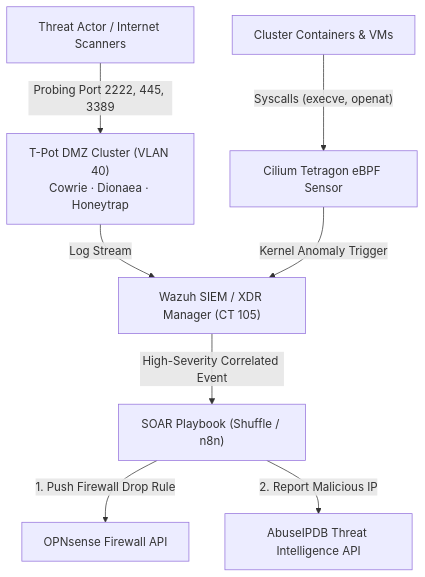
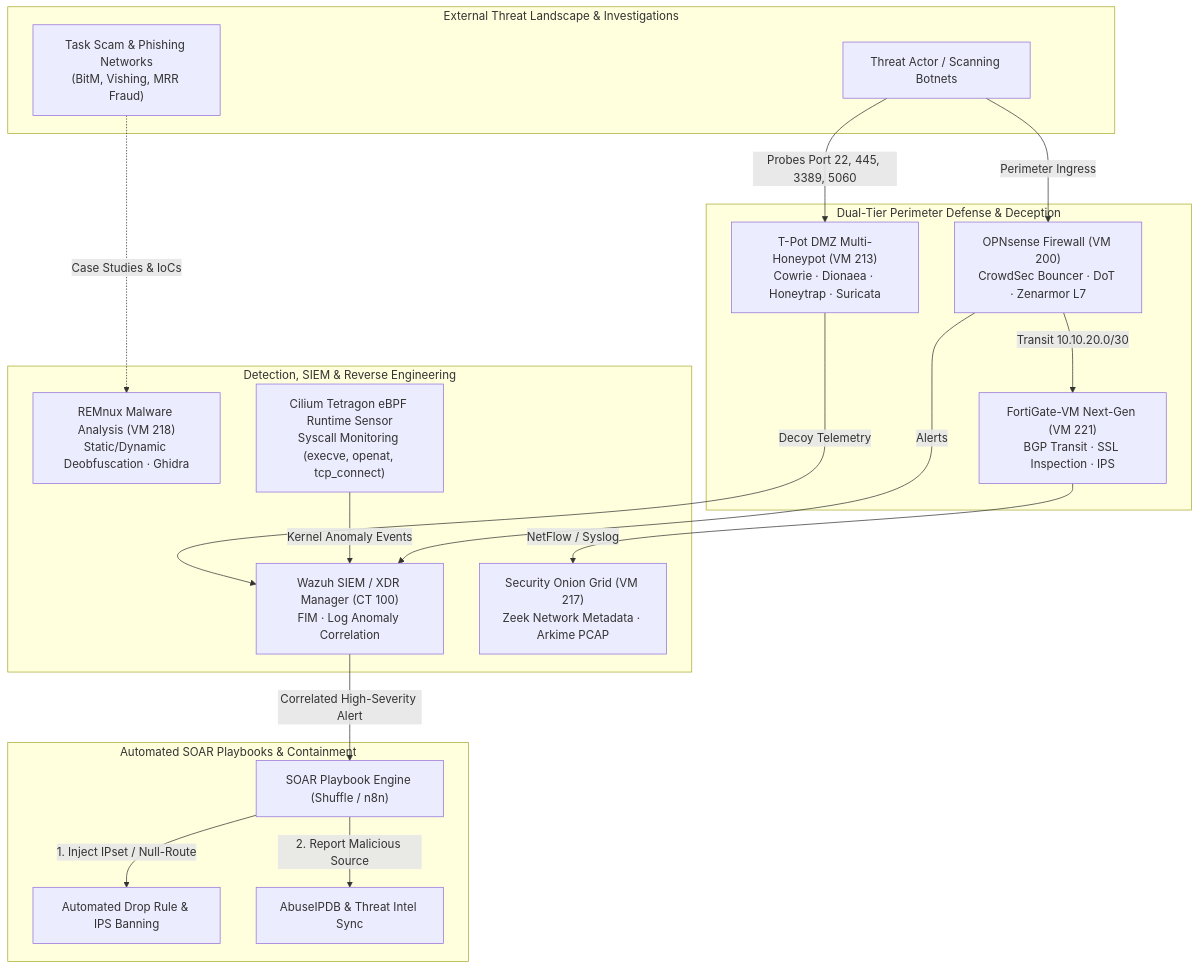
Diagram 12 of 13 in README.md (stefanutc1/datacenter), drawn with Mermaid before and after one commit. The commit also changed other lines of this file and 96 other files, not shown here.

````diff
--- a/README.md
+++ b/README.md
@@ -655,12 +656,40 @@
 ```mermaid
 flowchart TD
- Attacker["Threat Actor / Internet Scanners"] -->|"Probing Port 2222, 445, 3389"| TPot["T-Pot DMZ Cluster (VLAN 40)<br/>Cowrie · Dionaea · Honeytrap"]
- TPot -->|"Log Stream"| Wazuh["Wazuh SIEM / XDR Manager (CT 105)"]
- 
- Subsys["Cluster Containers & VMs"] -->|"Syscalls (execve, openat)"| Tetra["Cilium Tetragon eBPF Sensor"]
- Tetra -->|"Kernel Anomaly Trigger"| Wazuh
- 
- Wazuh -->|"High-Severity Correlated Event"| SOAR["SOAR Playbook (Shuffle / n8n)"]
- SOAR -->|"1. Push Firewall Drop Rule"| OPNsense["OPNsense Firewall API"]
- SOAR -->|"2. Report Malicious IP"| Abuse["AbuseIPDB Threat Intelligence API"]
+    subgraph External_Threats["External Threat Landscape & Investigations"]
+        Attacker["Threat Actor / Scanning Botnets"]
+        ScamNet["Task Scam & Phishing Networks<br/>(BitM, Vishing, MRR Fraud)"]
+    end
+
+    subgraph Perimeter_Defense["Dual-Tier Perimeter Defense & Deception"]
+        TPot["T-Pot DMZ Multi-Honeypot (VM 213)<br/>Cowrie · Dionaea · Honeytrap · Suricata"]
+        OPN["OPNsense Firewall (VM 200)<br/>CrowdSec Bouncer · DoT · Zenarmor L7"]
+        FGT["FortiGate-VM Next-Gen (VM 221)<br/>BGP Transit · SSL Inspection · IPS"]
+    end
+
+    subgraph Detection_Analysis["Detection, SIEM & Reverse Engineering"]
+        Wazuh["Wazuh SIEM / XDR Manager (CT 100)<br/>FIM · Log Anomaly Correlation"]
+        SecOnion["Security Onion Grid (VM 217)<br/>Zeek Network Metadata · Arkime PCAP"]
+        Remnux["REMnux Malware Analysis (VM 218)<br/>Static/Dynamic Deobfuscation · Ghidra"]
+        Tetra["Cilium Tetragon eBPF Runtime Sensor<br/>Syscall Monitoring (execve, openat, tcp_connect)"]
+    end
+
+    subgraph Autonomous_SOAR["Automated SOAR Playbooks & Containment"]
+        SOAR["SOAR Playbook Engine (Shuffle / n8n)"]
+        FirewallAPI["Automated Drop Rule & IPS Banning"]
+        ThreatFeed["AbuseIPDB & Threat Intel Sync"]
+    end
+
+    Attacker -->|Probes Port 22, 445, 3389, 5060| TPot
+    Attacker -->|Perimeter Ingress| OPN
+    OPN -->|Transit 10.10.20.0/30| FGT
+    ScamNet -.->|Case Studies & IoCs| Remnux
+
+    TPot -->|Decoy Telemetry| Wazuh
+    Tetra -->|Kernel Anomaly Events| Wazuh
+    FGT -->|NetFlow / Syslog| SecOnion
+    OPN -->|Alerts| Wazuh
+
+    Wazuh -->|Correlated High-Severity Alert| SOAR
+    SOAR -->|1. Inject IPset / Null-Route| FirewallAPI
+    SOAR -->|2. Report Malicious Source| ThreatFeed
 ```
````
